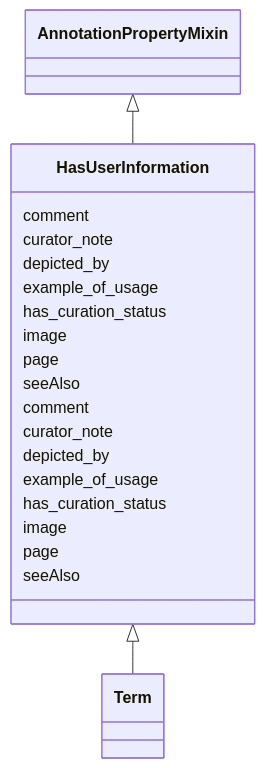
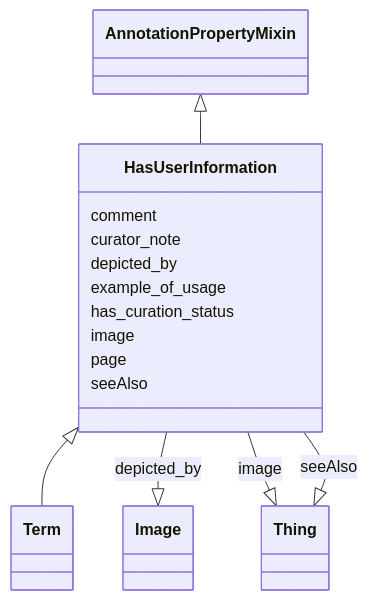
The diagram in ontology-metadata/HasUserInformation.md (cthoyt/ontology-access-kit), drawn with Mermaid before and after one commit. The commit also changed other lines of this file and 3287 other files, not shown here.

````diff
--- a/ontology-metadata/HasUserInformation.md
+++ b/ontology-metadata/HasUserInformation.md
@@ -9,27 +9,33 @@
 ```{mermaid}
  classDiagram
     class HasUserInformation
       AnnotationPropertyMixin <|-- HasUserInformation
       
-      HasUserInformation : comment
-      HasUserInformation : curator_note
-      HasUserInformation : depicted_by
-      HasUserInformation : example_of_usage
-      HasUserInformation : has_curation_status
-      HasUserInformation : image
-      HasUserInformation : page
-      HasUserInformation : seeAlso
-      
 
       HasUserInformation <|-- Term
       
+      
       HasUserInformation : comment
+        
       HasUserInformation : curator_note
+        
       HasUserInformation : depicted_by
+        
+          HasUserInformation --|> Image : depicted_by
+        
       HasUserInformation : example_of_usage
+        
       HasUserInformation : has_curation_status
+        
       HasUserInformation : image
+        
+          HasUserInformation --|> Thing : image
+        
       HasUserInformation : page
+        
       HasUserInformation : seeAlso
+        
+          HasUserInformation --|> Thing : seeAlso
+        
       
 ```
````
